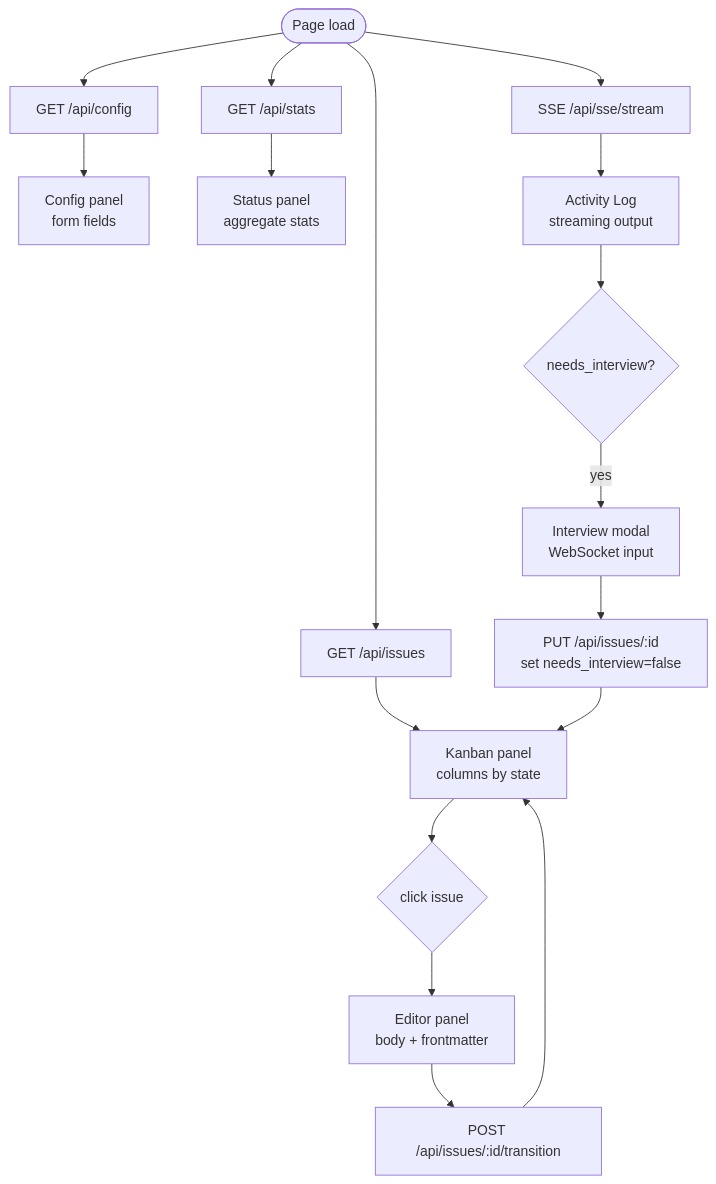
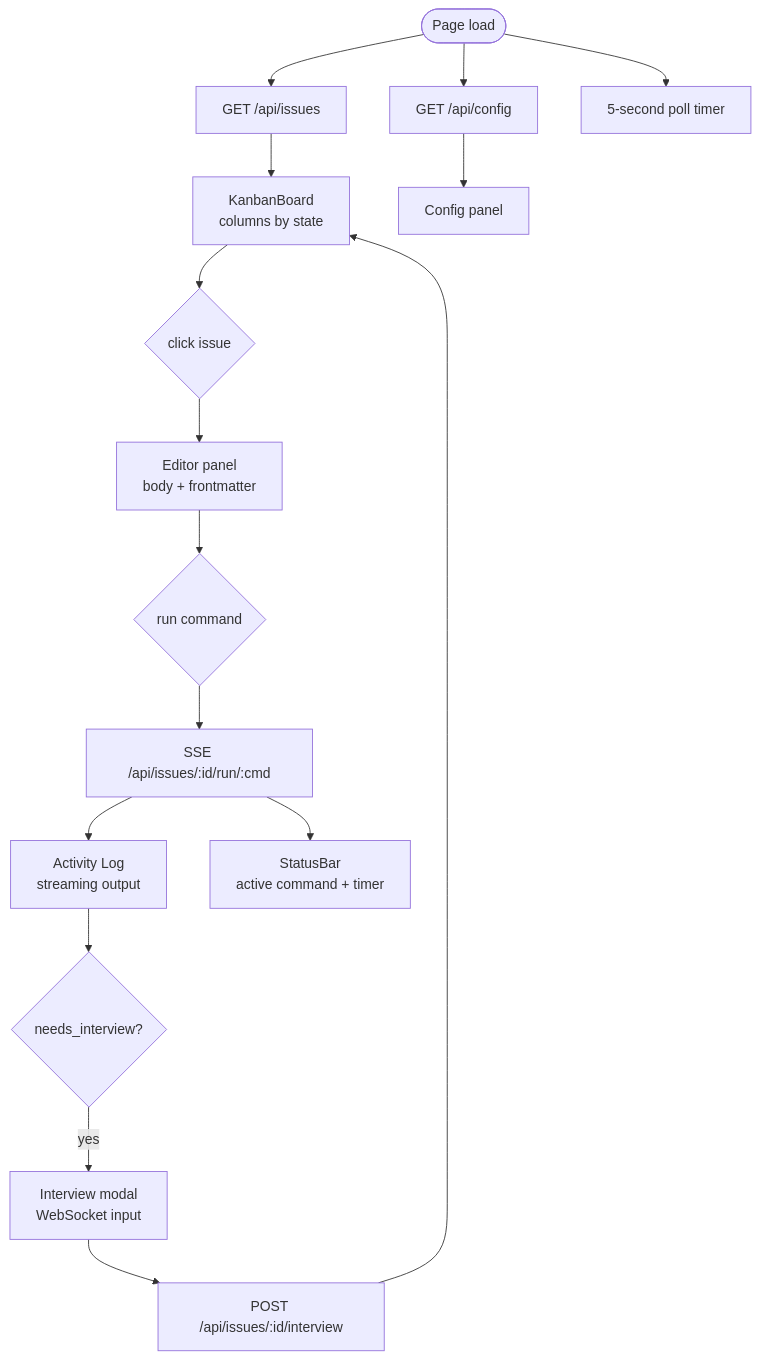
The first of 2 diagrams in resources/architecture/dashboard.md (vx-daniel/barf-ts), drawn with Mermaid before and after one commit. The commit also changed other lines of this file and 16 other files, not shown here.

````diff
--- a/resources/architecture/dashboard.md
+++ b/resources/architecture/dashboard.md
@@ -65,22 +96,22 @@
 ```mermaid
 flowchart TD
     A([Page load]) --> B[GET /api/issues]
     A --> C[GET /api/config]
-    A --> D[GET /api/stats]
-    A --> E[SSE /api/sse/stream]
+    A --> D[5-second poll timer]
 
-    B --> F[Kanban panel\ncolumns by state]
-    C --> G[Config panel\nform fields]
-    D --> H[Status panel\naggregate stats]
-    E --> I[Activity Log\nstreaming output]
+    B --> F[KanbanBoard\ncolumns by state]
+    C --> G[Config panel]
 
     F --> J{click issue}
     J --> K[Editor panel\nbody + frontmatter]
-    K --> L[POST /api/issues/:id/transition]
-    L --> F
 
-    I --> M{needs_interview?}
-    M -- yes --> N[Interview modal\nWebSocket input]
-    N --> O[PUT /api/issues/:id\nset needs_interview=false]
-    O --> F
+    K --> L{run command}
+    L --> M[SSE /api/issues/:id/run/:cmd]
+    M --> N[Activity Log\nstreaming output]
+    M --> O[StatusBar\nactive command + timer]
+
+    N --> P{needs_interview?}
+    P -- yes --> Q[Interview modal\nWebSocket input]
+    Q --> R[POST /api/issues/:id/interview]
+    R --> F
 ```
````
